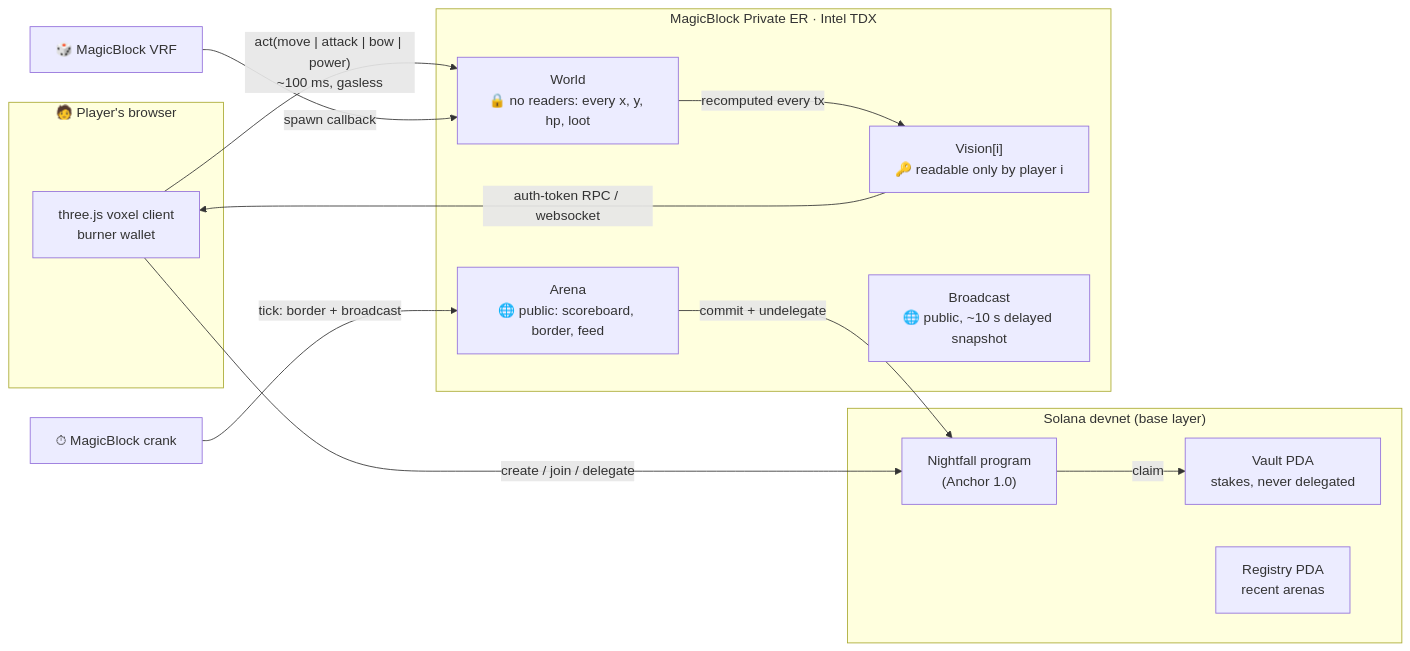
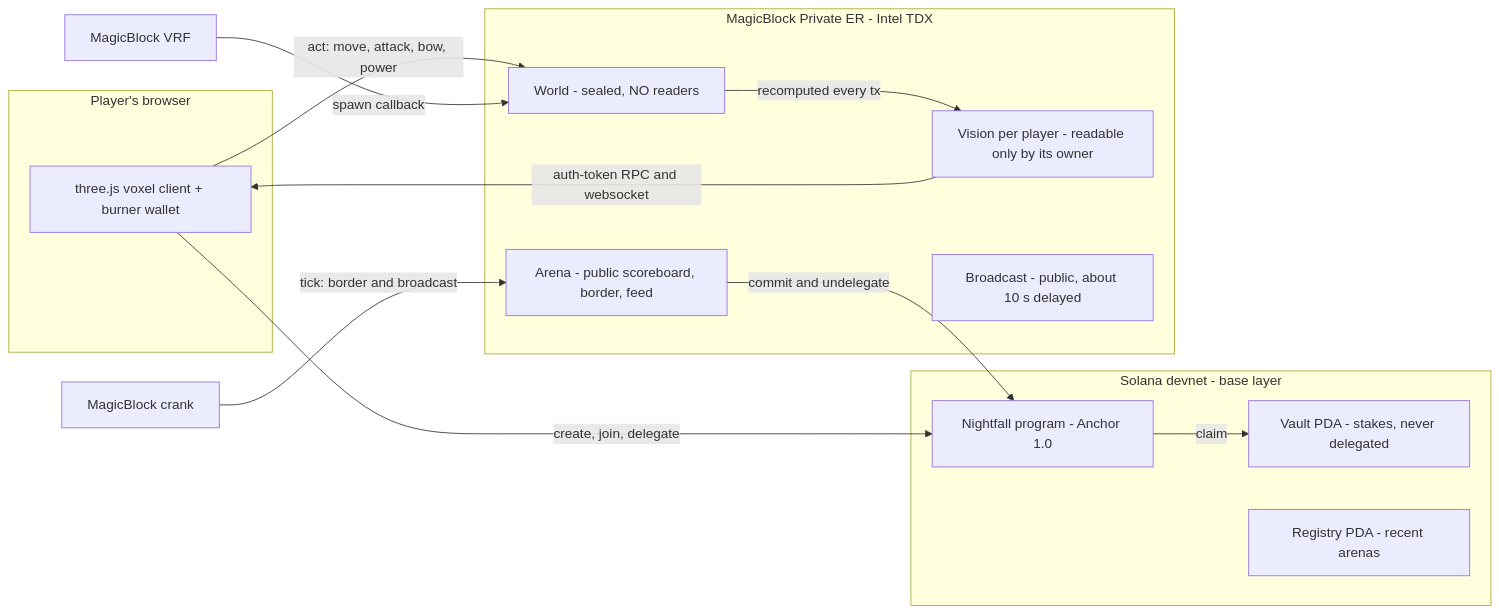
The first of 2 diagrams in README.md (codeswithroh/nightfall), drawn with Mermaid before and after one commit. The commit also changed 2 other files, not shown here.

Commit message:
README: GitHub-safe architecture diagram

````diff
--- a/README.md
+++ b/README.md
@@ -142,25 +142,27 @@
 ```mermaid
 flowchart LR
-  subgraph Browser["🧑 Player's browser"]
-    UI["three.js voxel client<br/>burner wallet"]
+  subgraph Browser["Player's browser"]
+    UI["three.js voxel client + burner wallet"]
   end
-  subgraph Solana["Solana devnet (base layer)"]
-    P["Nightfall program<br/>(Anchor 1.0)"]
-    V["Vault PDA<br/>stakes, never delegated"]
-    R["Registry PDA<br/>recent arenas"]
+  subgraph Solana["Solana devnet - base layer"]
+    P["Nightfall program - Anchor 1.0"]
+    V["Vault PDA - stakes, never delegated"]
+    R["Registry PDA - recent arenas"]
   end
-  subgraph TEE["MagicBlock Private ER · Intel TDX"]
-    A["Arena<br/>🌐 public: scoreboard, border, feed"]
-    W["World<br/>🔒 no readers: every x, y, hp, loot"]
-    VI["Vision[i]<br/>🔑 readable only by player i"]
-    B["Broadcast<br/>🌐 public, ~10 s delayed snapshot"]
+  subgraph TEE["MagicBlock Private ER - Intel TDX"]
+    A["Arena - public scoreboard, border, feed"]
+    W["World - sealed, NO readers"]
+    VI["Vision per player - readable only by its owner"]
+    B["Broadcast - public, about 10 s delayed"]
   end
-  UI -- "create / join / delegate" --> P
-  UI -- "act(move | attack | bow | power)<br/>~100 ms, gasless" --> W
-  W -- "recomputed every tx" --> VI
-  VI -- "auth-token RPC / websocket" --> UI
-  CR["⏱ MagicBlock crank"] -- "tick: border + broadcast" --> A
-  VRF["🎲 MagicBlock VRF"] -- "spawn callback" --> W
-  A -- "commit + undelegate" --> P
-  P -- "claim" --> V
+  CR["MagicBlock crank"]
+  VRF["MagicBlock VRF"]
+  UI -->|create, join, delegate| P
+  UI -->|act: move, attack, bow, power| W
+  W -->|recomputed every tx| VI
+  VI -->|auth-token RPC and websocket| UI
+  CR -->|tick: border and broadcast| A
+  VRF -->|spawn callback| W
+  A -->|commit and undelegate| P
+  P -->|claim| V
 ```
````
